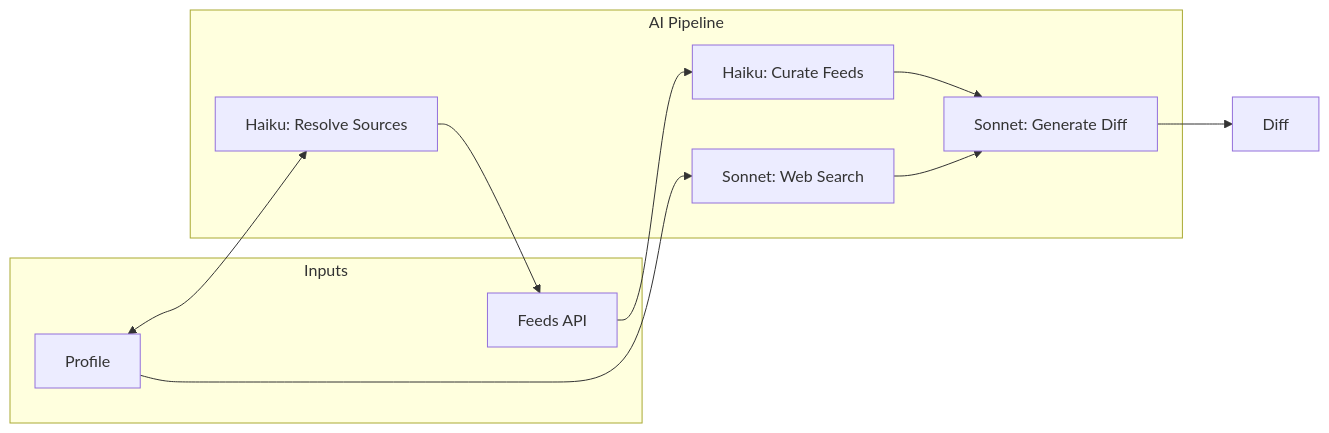
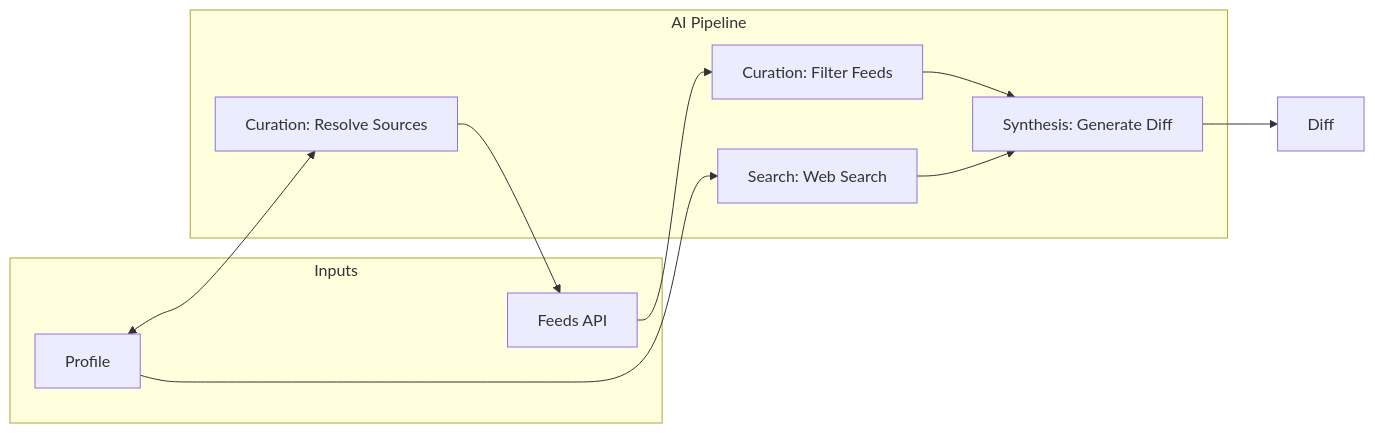
Before and after one commit to SmileyChris/difflog: the diagram in docs/ai.md, drawn with Mermaid. The commit also changed other lines of this file and 7 other files, not shown here.

````diff
--- a/docs/ai.md
+++ b/docs/ai.md
@@ -11,22 +23,22 @@
 ```mermaid
 graph LR
     subgraph Inputs
         P[Profile]
         F[Feeds API]
     end
 
     subgraph "AI Pipeline"
-        H1[Haiku: Resolve Sources]
-        H2[Haiku: Curate Feeds]
-        S1[Sonnet: Web Search]
-        S2[Sonnet: Generate Diff]
+        H1[Curation: Resolve Sources]
+        H2[Curation: Filter Feeds]
+        S1[Search: Web Search]
+        S2[Synthesis: Generate Diff]
     end
 
     P <--> H1
     H1 --> F
     F --> H2
     P --> S1
     H2 --> S2
     S1 --> S2
     S2 --> D[Diff]
 ```
````
